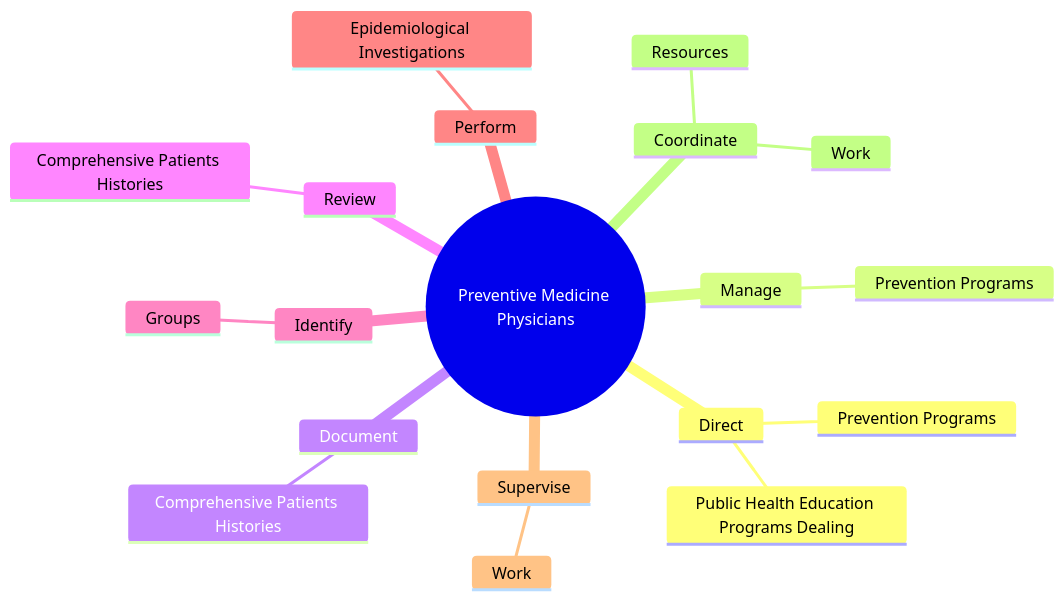
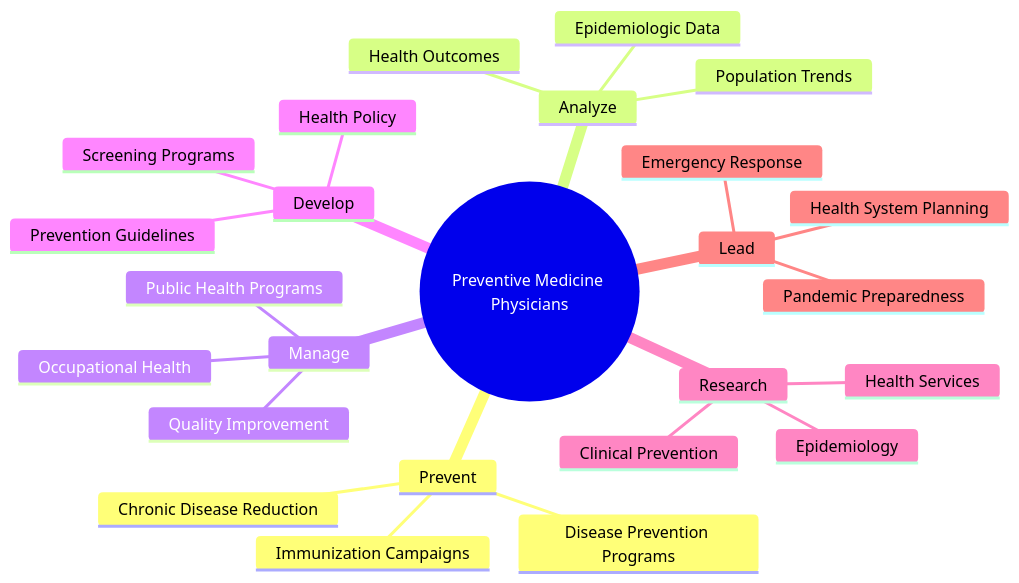
One commit to kziemski/business.org.ai changed the second of 4 diagrams in occupations/HealthcarePractitioners/PreventiveMedicinePhysicians.mdx. Above: the diagram before and after it, drawn with Mermaid. The commit also changed other lines of this file and 938 other files, not shown here.

````diff
--- a/occupations/HealthcarePractitioners/PreventiveMedicinePhysicians.mdx
+++ b/occupations/HealthcarePractitioners/PreventiveMedicinePhysicians.mdx
@@ -38,22 +45,28 @@
 ```mermaid
 mindmap
     root(("Preventive Medicine Physicians"))
-        Direct
-            Prevention Programs
-            Public Health Education Programs Dealing
+        Prevent
+            Disease Prevention Programs
+            Immunization Campaigns
+            Chronic Disease Reduction
+        Analyze
+            Epidemiologic Data
+            Health Outcomes
+            Population Trends
         Manage
-            Prevention Programs
-        Document
-            Comprehensive Patients Histories
-        Review
-            Comprehensive Patients Histories
-        Identify
-            Groups
-        Perform
-            Epidemiological Investigations
-        Supervise
-            Work
-        Coordinate
-            Work
-            Resources
+            Public Health Programs
+            Occupational Health
+            Quality Improvement
+        Develop
+            Health Policy
+            Prevention Guidelines
+            Screening Programs
+        Research
+            Clinical Prevention
+            Epidemiology
+            Health Services
+        Lead
+            Emergency Response
+            Pandemic Preparedness
+            Health System Planning
 ```
````
